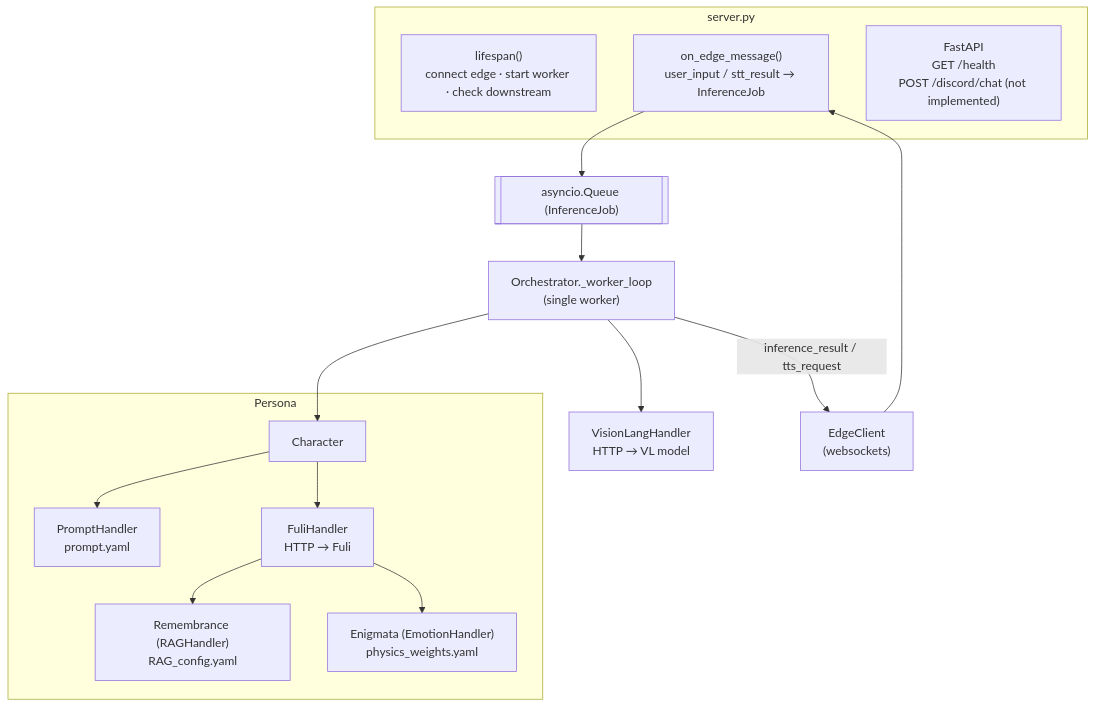
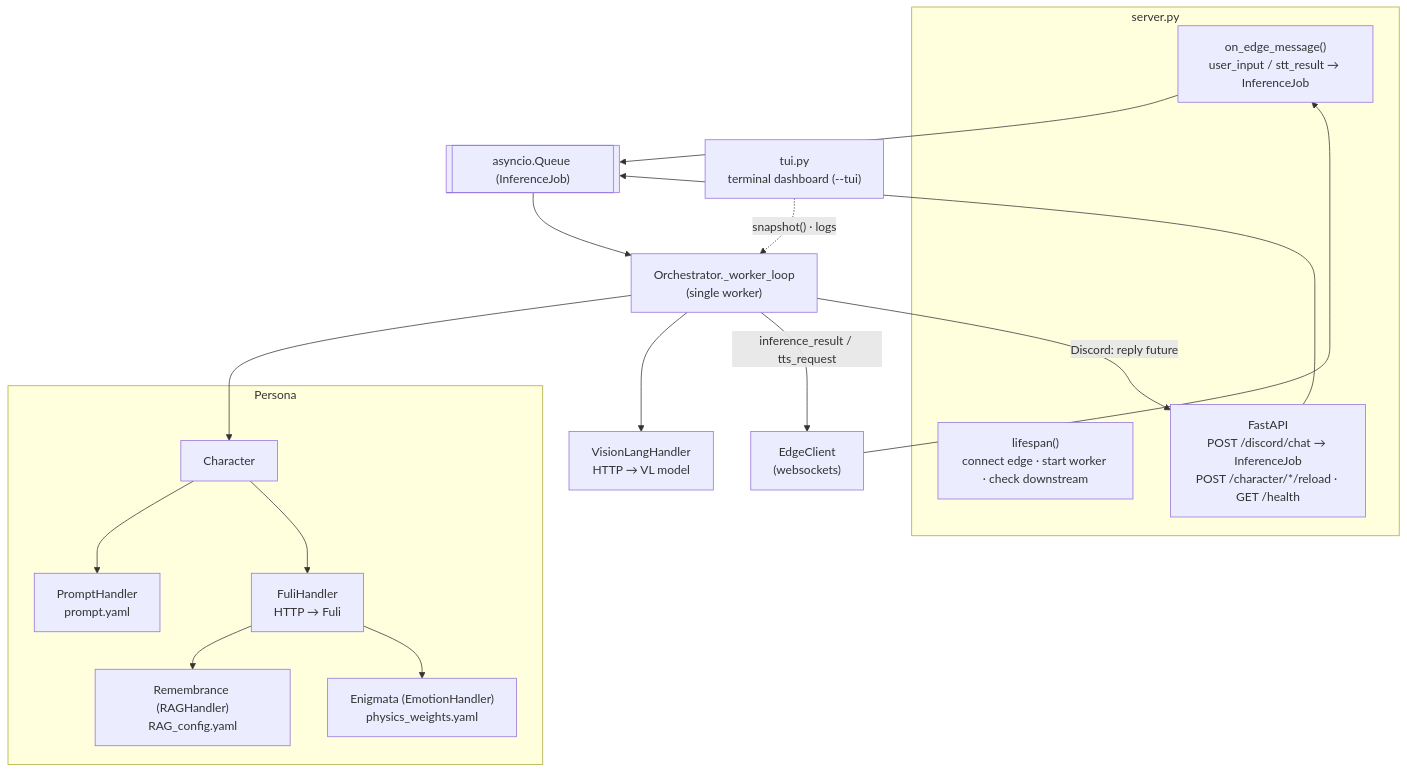
The fourth of 9 diagrams in README.md (deltaAnima/Project_deltaAnima), drawn with Mermaid before and after one commit. The commit also changed other lines of this file, not shown here.

Commit message:
DOCS: update README for Laya, SGLang, identity scopes, Discord route, TUI

````diff
--- a/README.md
+++ b/README.md
@@ -286,31 +291,35 @@
 ```mermaid
 flowchart TB
     subgraph server.py
         L["lifespan()<br/>connect edge · start worker · check downstream"]
         M["on_edge_message()<br/>user_input / stt_result → InferenceJob"]
-        HTTP["FastAPI<br/>GET /health<br/>POST /discord/chat (not implemented)"]
+        HTTP["FastAPI<br/>POST /discord/chat → InferenceJob<br/>POST /character/*/reload · GET /health"]
     end
+    TUI["tui.py<br/>terminal dashboard (--tui)"]
 
     EC["EdgeClient<br/>(websockets)"]
     Q[["asyncio.Queue (InferenceJob)"]]
     W["Orchestrator._worker_loop<br/>(single worker)"]
 
     subgraph Persona
         CH["Character"]
         PH["PromptHandler<br/>prompt.yaml"]
         RH["Remembrance (RAGHandler)<br/>RAG_config.yaml"]
         EH["Enigmata (EmotionHandler)<br/>physics_weights.yaml"]
         FH["FuliHandler<br/>HTTP → Fuli"]
     end
 
     VLH["VisionLangHandler<br/>HTTP → VL model"]
 
     EC --> M --> Q --> W
+    HTTP --> Q
+    W -- "Discord: reply future" --> HTTP
+    TUI -. "snapshot() · logs" .-> W
     W --> CH
     CH --> PH
     CH --> FH
     FH --> RH
     FH --> EH
     W --> VLH
     W -- "inference_result / tts_request" --> EC
 ```
````
